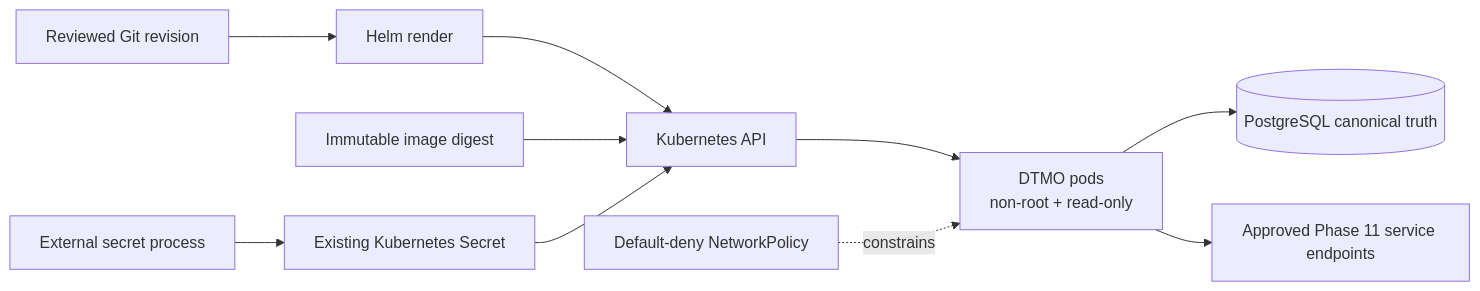
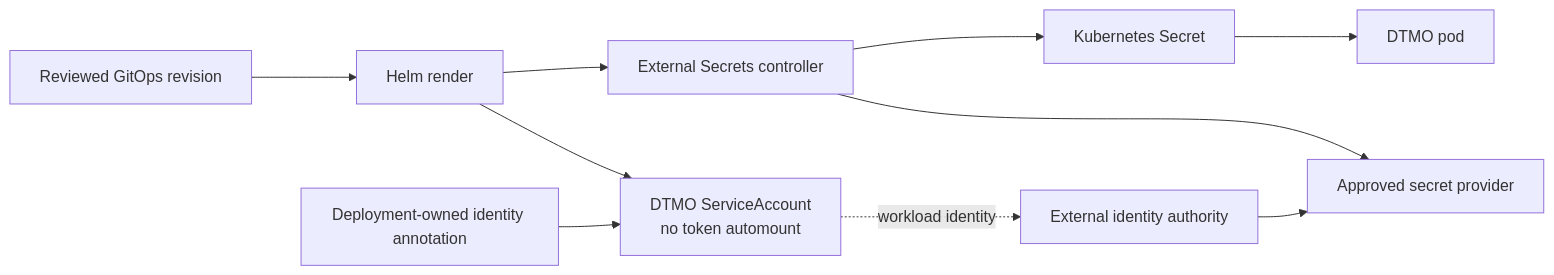
The diagram in docs/project/CURRENT_STATE.md (GJvManen/dtmo), drawn with Mermaid before and after one commit. The commit also changed other lines of this file, not shown here.

Commit message:
Phase 11.8b: advance authoritative current state

````diff
--- a/docs/project/CURRENT_STATE.md
+++ b/docs/project/CURRENT_STATE.md
@@ -46,12 +51,12 @@
 ```mermaid
 flowchart LR
-    G[Reviewed Git revision] --> H[Helm render]
-    H --> K[Kubernetes API]
-    I[Immutable image digest] --> K
-    S[External secret process] --> X[Existing Kubernetes Secret]
-    X --> K
-    K --> P[DTMO pods\nnon-root + read-only]
-    N[Default-deny NetworkPolicy] -. constrains .-> P
-    P --> D[(PostgreSQL canonical truth)]
-    P --> E[Approved Phase 11 service endpoints]
+    G[Reviewed GitOps revision] --> H[Helm render]
+    H --> SA[DTMO ServiceAccount\nno token automount]
+    A[Deployment-owned identity annotation] --> SA
+    SA -. workload identity .-> IAM[External identity authority]
+    IAM --> STORE[Approved secret provider]
+    ES[External Secrets controller] --> STORE
+    H --> ES
+    ES --> KS[Kubernetes Secret]
+    KS --> P[DTMO pod]
 ```
````
